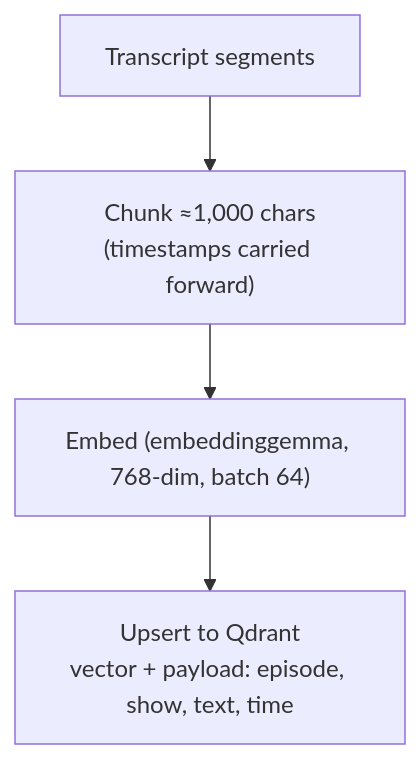
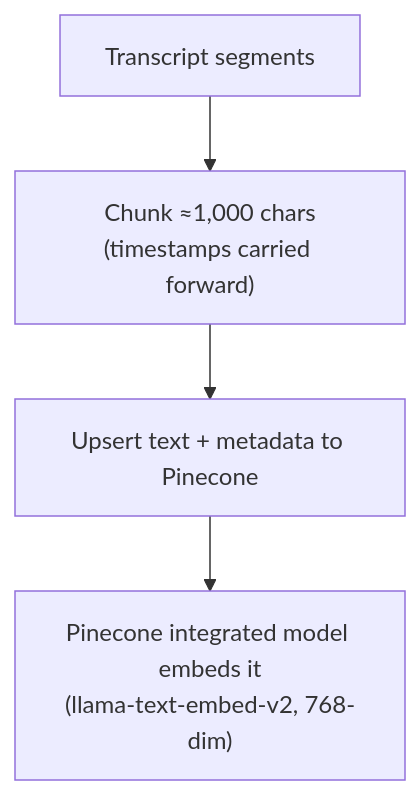
The second of 4 diagrams in ARCHITECTURE.md (ankitaggarwal/podsearch.space), drawn with Mermaid before and after one commit. The commit also changed other lines of this file and 5 other files, not shown here.

Commit message:
Docs: update Qdrant/embeddinggemma → Pinecone integrated embedding throughout

````diff
--- a/ARCHITECTURE.md
+++ b/ARCHITECTURE.md
@@ -53,6 +54,6 @@
 ```mermaid
 flowchart TD
     TX["Transcript segments"] --> CH["Chunk ≈1,000 chars<br/>(timestamps carried forward)"]
-    CH --> EMB["Embed (embeddinggemma, 768-dim, batch 64)"]
-    EMB --> Q["Upsert to Qdrant<br/>vector + payload: episode, show, text, time"]
+    CH --> UP["Upsert text + metadata to Pinecone"]
+    UP --> EMB["Pinecone integrated model embeds it<br/>(llama-text-embed-v2, 768-dim)"]
 ```
````
